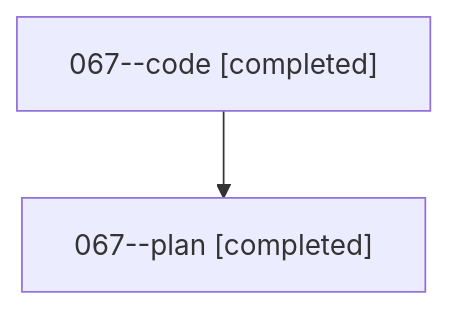
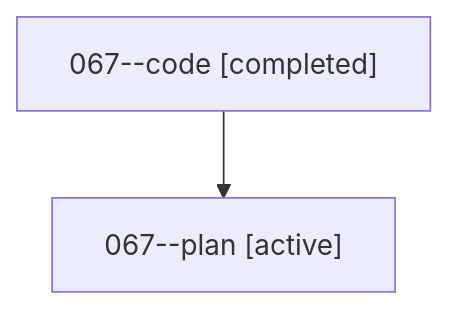
One commit to sase-org/sase--agents changed the diagram in families/bbugyi200.athena.067.md. Above: the diagram before and after it, drawn with Mermaid. The commit also changed other lines of this file and 35830 other files, not shown here.

````diff
--- a/families/bbugyi200.athena.067.md
+++ b/families/bbugyi200.athena.067.md
@@ -9,6 +9,6 @@
 ```mermaid
 flowchart TD
   n0["067--code [completed]"]
-  n1["067--plan [completed]"]
+  n1["067--plan [active]"]
   n0 --> n1
 ```
````
